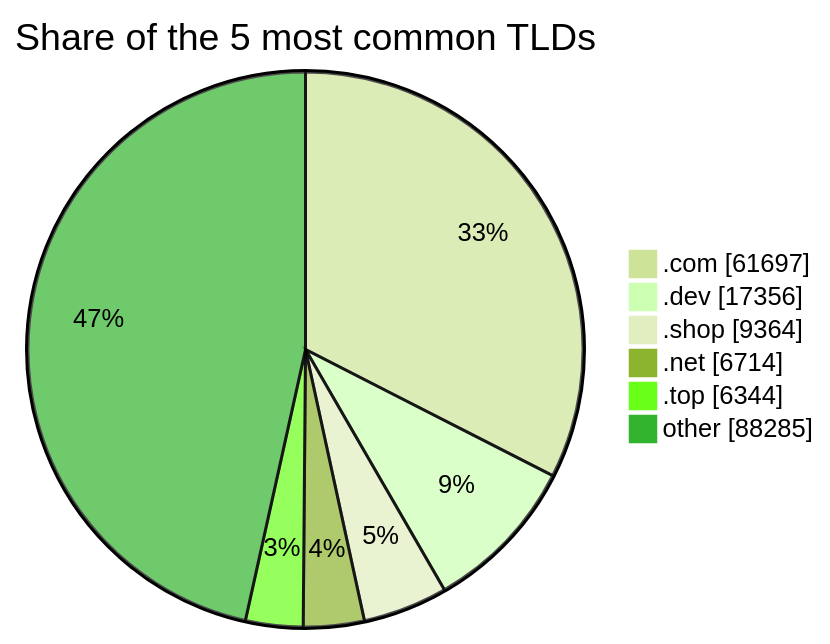
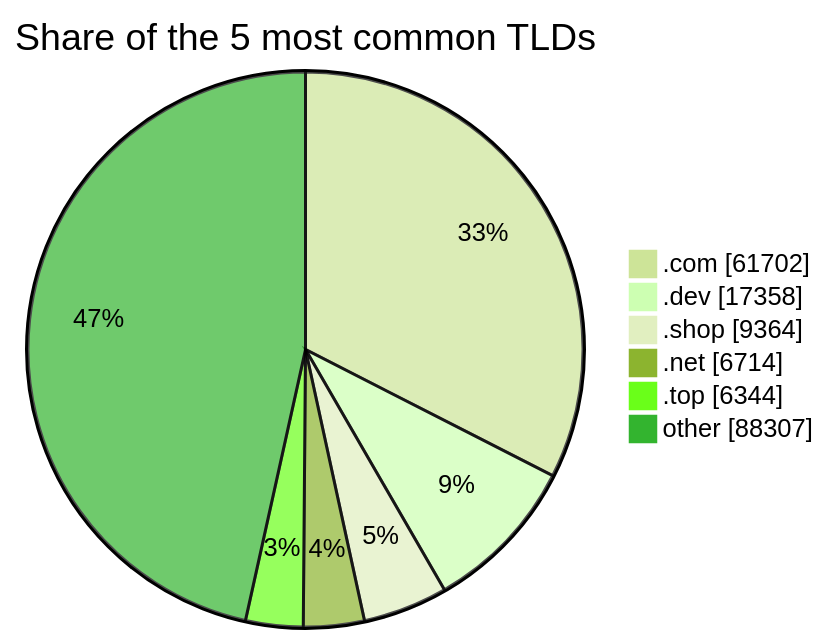
Before and after one commit to DNSBunker/CTI: the third of 3 diagrams in README.md, drawn with Mermaid (forest theme). The commit also changed other lines of this file and 3 other files, not shown here.

````diff
--- a/README.md
+++ b/README.md
@@ -81,9 +81,9 @@
 ```mermaid
 pie showData title Share of the 5 most common TLDs
-    ".com" : 61697
-    ".dev" : 17356
+    ".com" : 61702
+    ".dev" : 17358
     ".shop" : 9364
     ".net" : 6714
     ".top" : 6344
-    "other" : 88285
+    "other" : 88307
 ```
````
